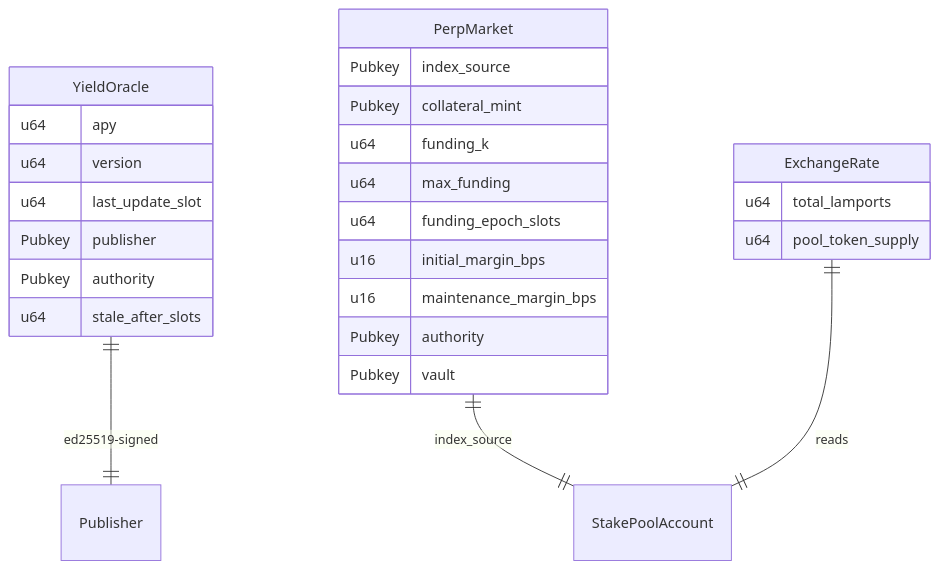
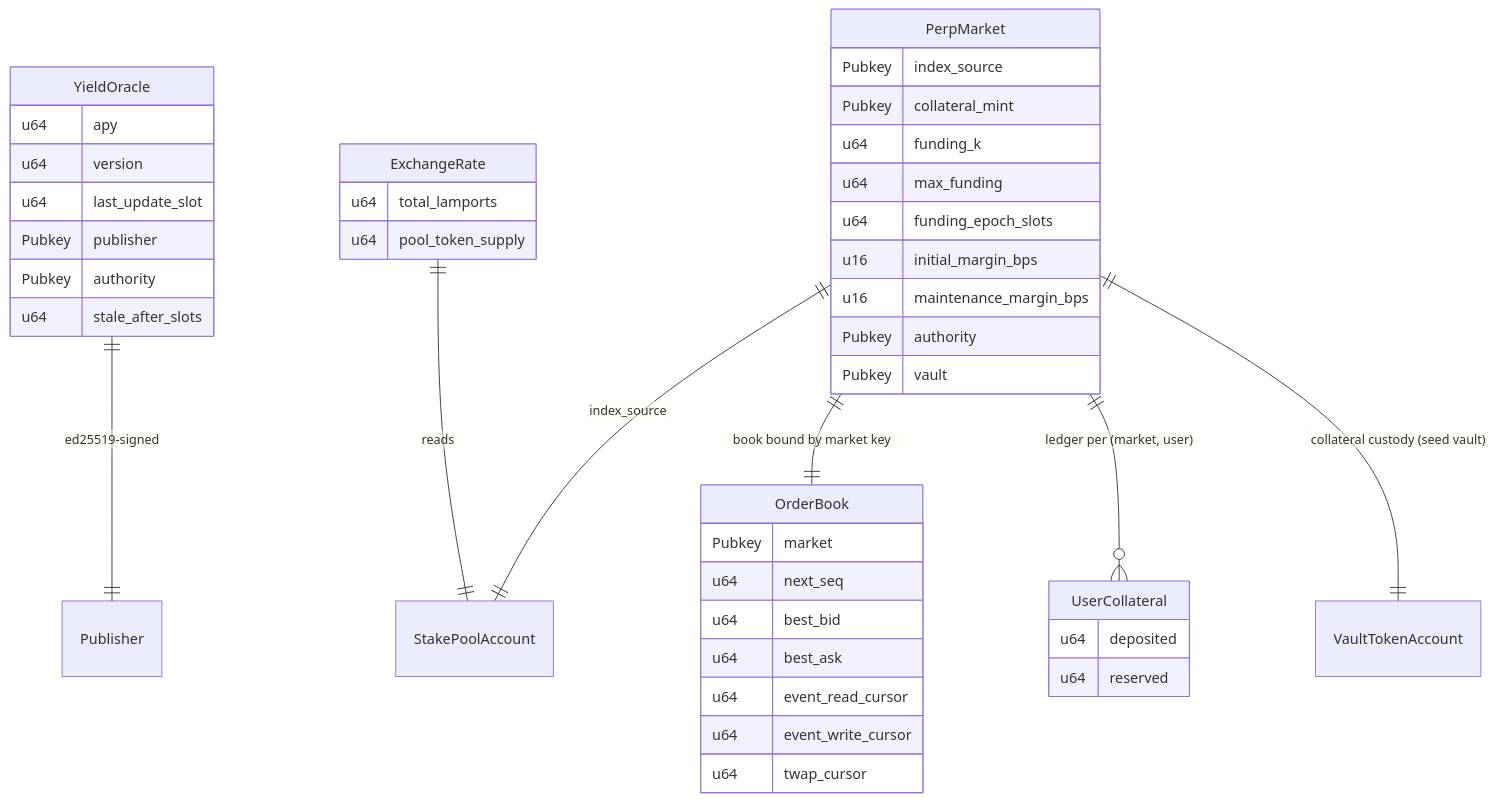
The diagram in docs/data-models.md (LaiTszKin/fructus), drawn with Mermaid before and after one commit. The commit also changed other lines of this file and 11 other files, not shown here.

Commit message:
docs: document on-chain order book and collateral vault

````diff
--- a/docs/data-models.md
+++ b/docs/data-models.md
@@ -57,29 +140,45 @@
 ```mermaid
 erDiagram
     YieldOracle ||--|| Publisher : "ed25519-signed"
     PerpMarket ||--|| StakePoolAccount : "index_source"
+    PerpMarket ||--|| OrderBook : "book bound by market key"
+    PerpMarket ||--o{ UserCollateral : "ledger per (market, user)"
+    PerpMarket ||--|| VaultTokenAccount : "collateral custody (seed vault)"
     ExchangeRate ||--|| StakePoolAccount : "reads"
     YieldOracle {
         u64 apy
         u64 version
         u64 last_update_slot
         Pubkey publisher
         Pubkey authority
         u64 stale_after_slots
     }
     PerpMarket {
         Pubkey index_source
         Pubkey collateral_mint
         u64 funding_k
         u64 max_funding
         u64 funding_epoch_slots
         u16 initial_margin_bps
         u16 maintenance_margin_bps
         Pubkey authority
         Pubkey vault
     }
+    OrderBook {
+        Pubkey market
+        u64 next_seq
+        u64 best_bid
+        u64 best_ask
+        u64 event_read_cursor
+        u64 event_write_cursor
+        u64 twap_cursor
+    }
+    UserCollateral {
+        u64 deposited
+        u64 reserved
+    }
     ExchangeRate {
         u64 total_lamports
         u64 pool_token_supply
     }
 ```
````
